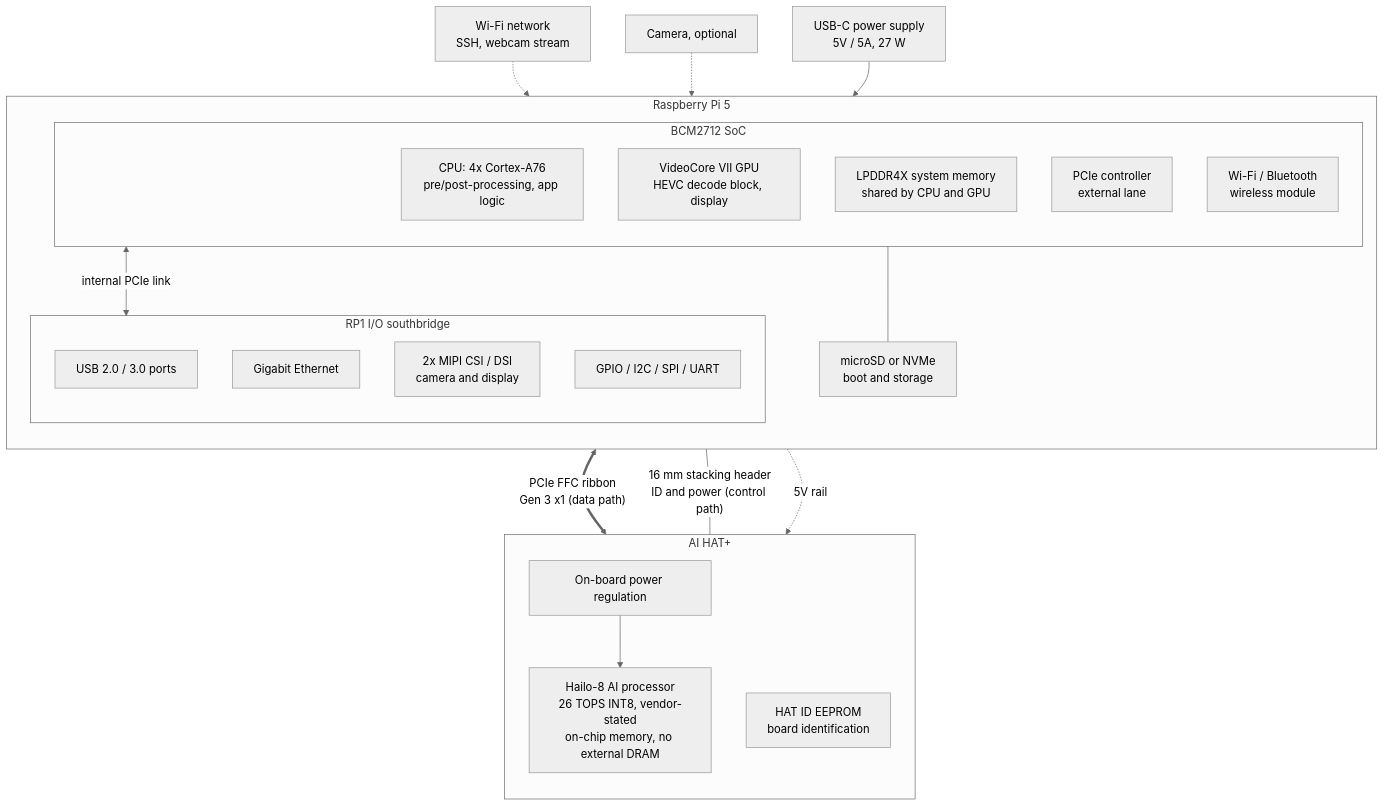
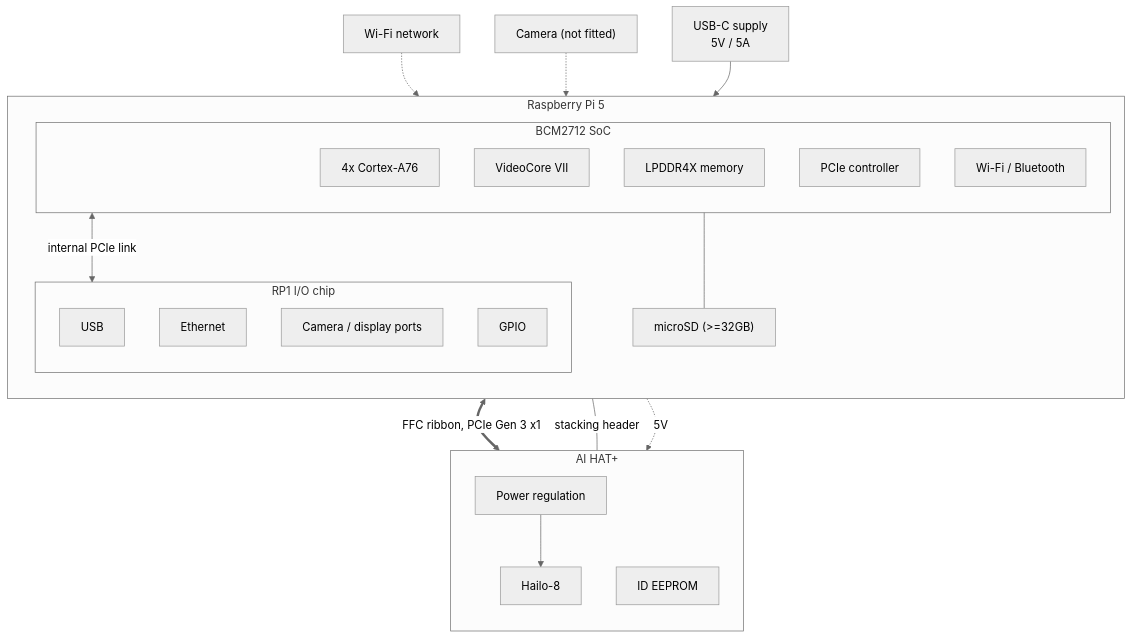
Before and after one commit to Kennethdotse/hailo_acceleration: the diagram in platform-bringup/ARCHITECTURE.md, drawn with Mermaid (neutral theme). The commit also changed other lines of this file and 1 other file, not shown here.

````diff
--- a/platform-bringup/ARCHITECTURE.md
+++ b/platform-bringup/ARCHITECTURE.md
@@ -26,39 +26,39 @@
 ```mermaid
 flowchart TB
-    PSU["USB-C power supply<br/>5V / 5A, 27 W"]
+    PSU["USB-C supply<br/>5V / 5A"]
 
     subgraph PI["Raspberry Pi 5"]
         direction TB
         subgraph SOC["BCM2712 SoC"]
-            CPU["CPU: 4x Cortex-A76<br/>pre/post-processing, app logic"]
-            GPU["VideoCore VII GPU<br/>HEVC decode block, display"]
-            MEM["LPDDR4X system memory<br/>shared by CPU and GPU"]
-            PCIECTL["PCIe controller<br/>external lane"]
-            WIFI["Wi-Fi / Bluetooth<br/>wireless module"]
+            CPU["4x Cortex-A76"]
+            GPU["VideoCore VII"]
+            MEM["LPDDR4X memory"]
+            PCIECTL["PCIe controller"]
+            WIFI["Wi-Fi / Bluetooth"]
         end
-        subgraph RP1["RP1 I/O southbridge"]
-            USB["USB 2.0 / 3.0 ports"]
-            ETH["Gigabit Ethernet"]
-            CSI["2x MIPI CSI / DSI<br/>camera and display"]
-            GPIOCTL["GPIO / I2C / SPI / UART"]
+        subgraph RP1["RP1 I/O chip"]
+            USB["USB"]
+            ETH["Ethernet"]
+            CSI["Camera / display ports"]
+            GPIOCTL["GPIO"]
         end
         SOC <-->|"internal PCIe link"| RP1
-        STORE["microSD or NVMe<br/>boot and storage"]
+        STORE["microSD (>=32GB)"]
         SOC --- STORE
     end
 
     subgraph HAT["AI HAT+"]
         direction TB
-        HAILO["Hailo-8 AI processor<br/>26 TOPS INT8, vendor-stated<br/>on-chip memory, no external DRAM"]
-        EEPROM["HAT ID EEPROM<br/>board identification"]
-        PWR["On-board power regulation"]
+        HAILO["Hailo-8"]
+        EEPROM["ID EEPROM"]
+        PWR["Power regulation"]
     end
 
     PSU --> PI
-    PCIECTL <==>|"PCIe FFC ribbon<br/>Gen 3 x1 (data path)"| HAILO
-    GPIOCTL ---|"16 mm stacking header<br/>ID and power (control path)"| EEPROM
-    GPIOCTL -.->|"5V rail"| PWR
+    PCIECTL <==>|"FFC ribbon, PCIe Gen 3 x1"| HAILO
+    GPIOCTL ---|"stacking header"| EEPROM
+    GPIOCTL -.->|"5V"| PWR
     PWR --> HAILO
-    NET["Wi-Fi network<br/>SSH, webcam stream"] -.-> WIFI
-    CAM["Camera, optional"] -.-> CSI
+    NET["Wi-Fi network"] -.-> WIFI
+    CAM["Camera (not fitted)"] -.-> CSI
 ```
````
